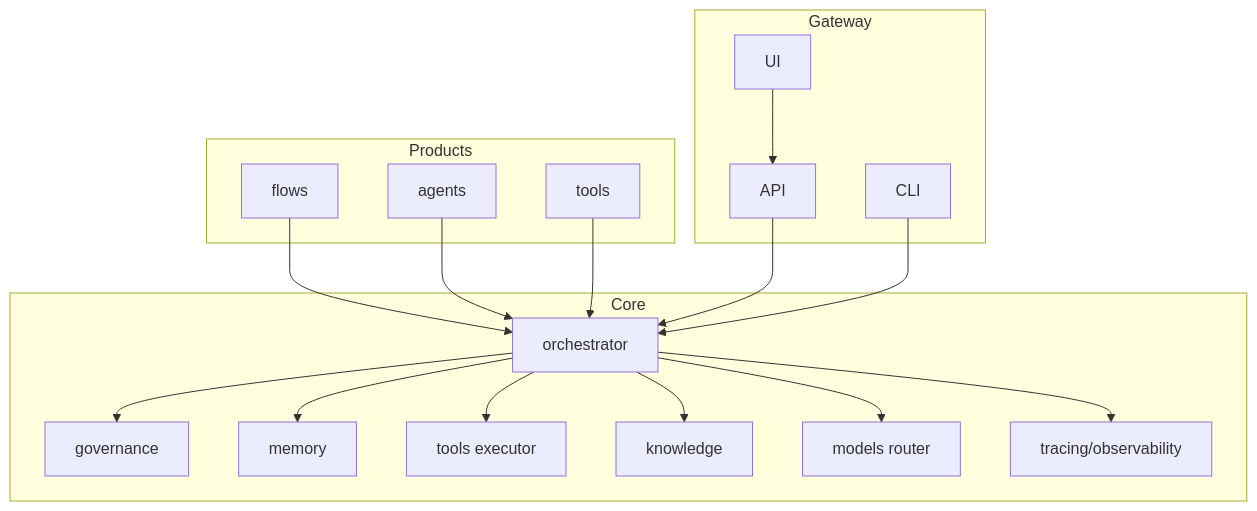
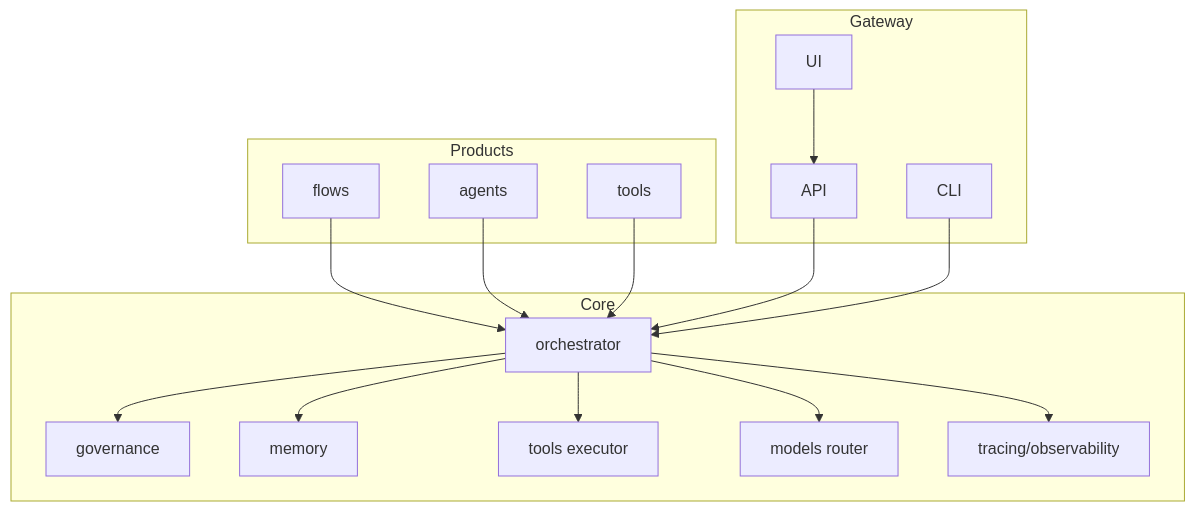
One commit to chethanp11/master changed the first of 5 diagrams in docs/overview.md. Above: the diagram before and after it, drawn with Mermaid. The commit also changed other lines of this file and 107 other files, not shown here.

````diff
--- a/docs/overview.md
+++ b/docs/overview.md
@@ -28,36 +28,34 @@
 ```mermaid
 flowchart TB
   subgraph Products
     P1[flows]
     P2[agents]
     P3[tools]
   end
   subgraph Core
     O[orchestrator]
     G[governance]
     M[memory]
     T[tools executor]
-    K[knowledge]
     R[models router]
     L[tracing/observability]
   end
   subgraph Gateway
     A[API]
     U[UI]
     C[CLI]
   end
 
   P1 --> O
   P2 --> O
   P3 --> O
   A --> O
   C --> O
   U --> A
 
   O --> G
   O --> M
   O --> T
-  O --> K
   O --> R
   O --> L
 ```
````
